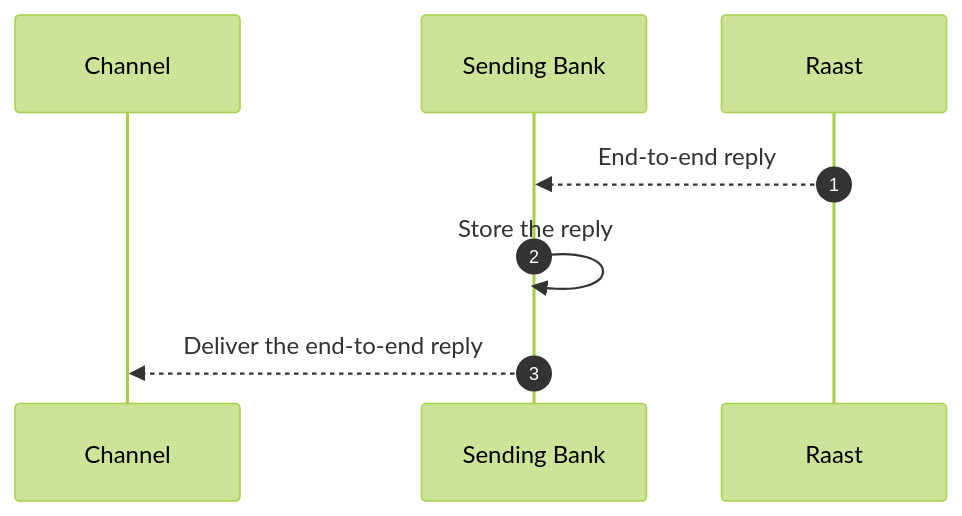
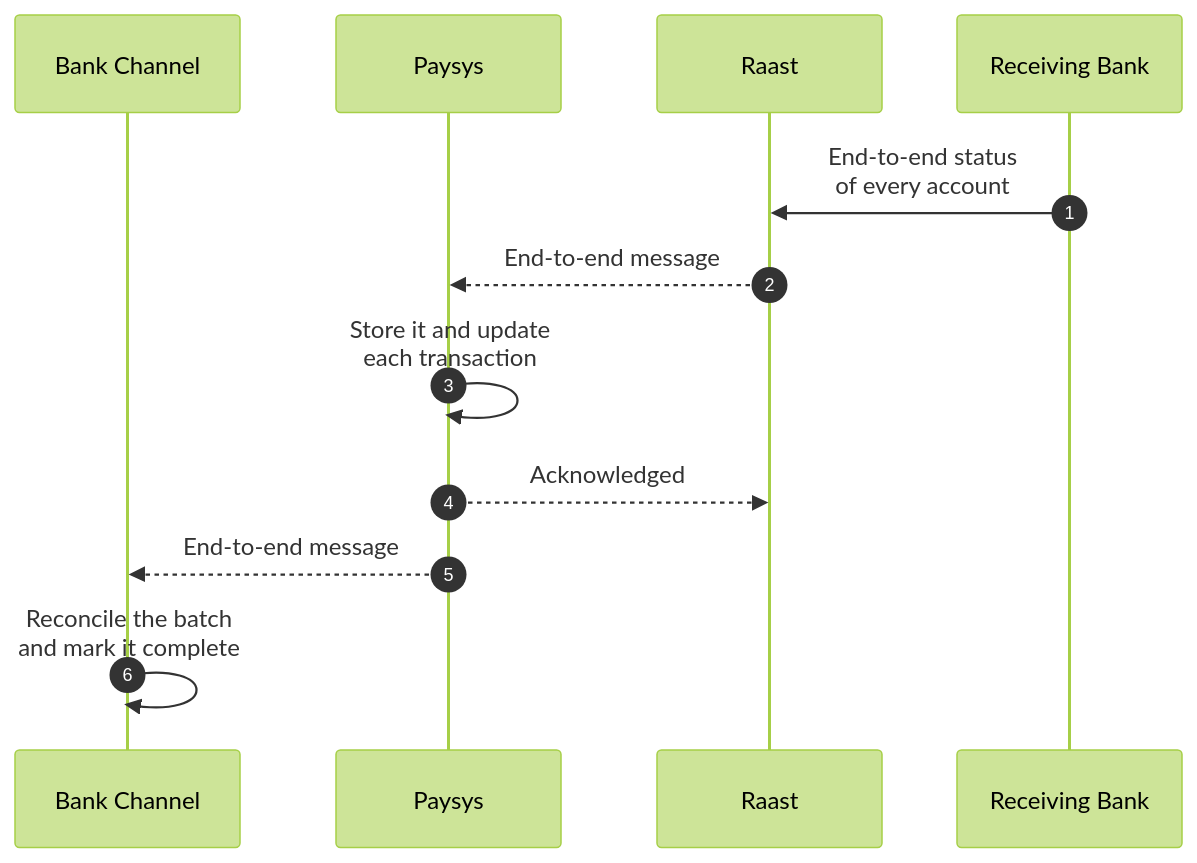
The fourth of 6 diagrams in modules/05-bulk-payments/05_Raast_Bulk_Sending_Overview.md (HuzaifaTanzeel/raast-training-public), drawn with Mermaid (forest theme) before and after one commit. The commit also changed other lines of this file and 2 other files, not shown here.

Commit message:
Align bulk sending with the Paysys path to Raast.

````diff
--- a/modules/05-bulk-payments/05_Raast_Bulk_Sending_Overview.md
+++ b/modules/05-bulk-payments/05_Raast_Bulk_Sending_Overview.md
@@ -103,11 +146,15 @@
 ```mermaid
 sequenceDiagram
     autonumber
-    participant C as Channel
-    participant B as Sending Bank
+    participant C as Bank Channel
+    participant P as Paysys
     participant R as Raast
+    participant BB as Receiving Bank
 
-    R-->>B: End-to-end reply
-    B->>B: Store the reply
-    B-->>C: Deliver the end-to-end reply
+    BB->>R: End-to-end status<br/>of every account
+    R-->>P: End-to-end message
+    P->>P: Store it and update<br/>each transaction
+    P-->>R: Acknowledged
+    P-->>C: End-to-end message
+    C->>C: Reconcile the batch<br/>and mark it complete
 ```
````
